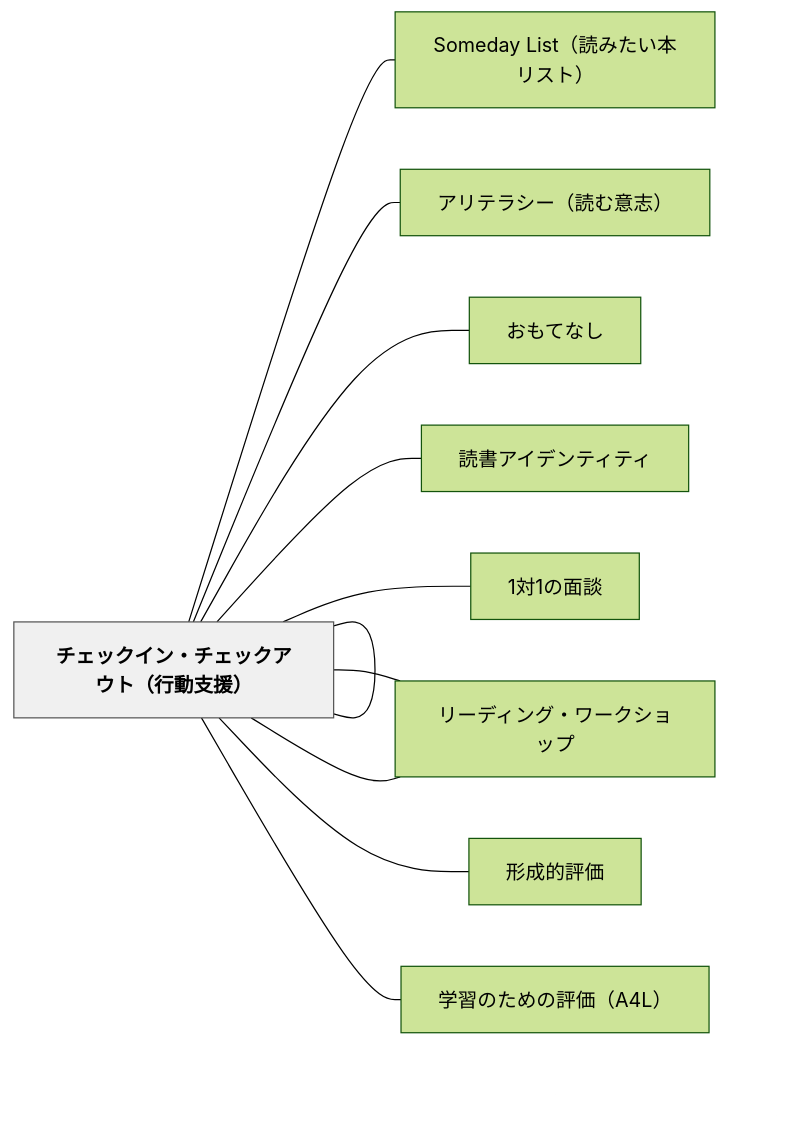
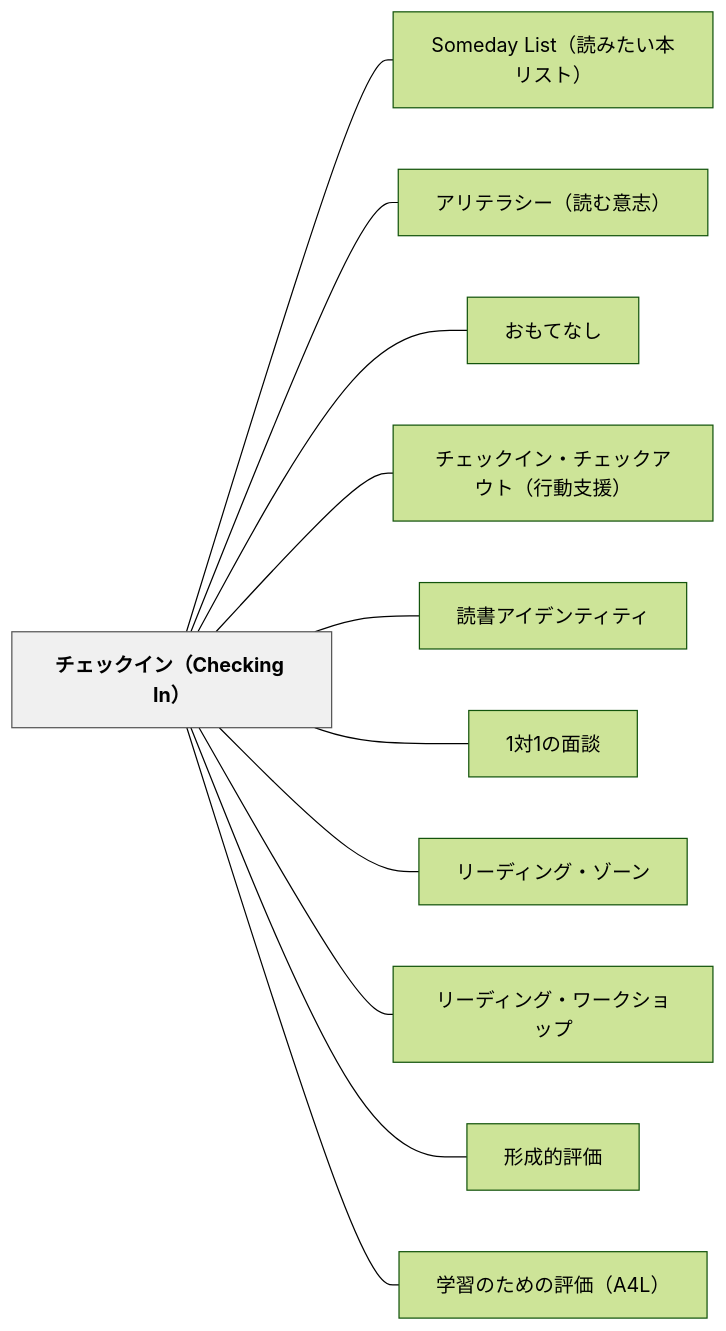
Before and after one commit to unknownthings-ed-patterns/unknownthings-ed-patterns: the diagram in content/パタン/チェックイン（Checking In）.md, drawn with Mermaid (forest theme). The commit also changed 527 other files, not shown here.

````diff
--- a/content/パタン/チェックイン（Checking In）.md
+++ b/content/パタン/チェックイン（Checking In）.md
@@ -143,28 +143,28 @@
 ```mermaid
 flowchart LR
-    ne38381e382a7["チェックイン（Checking In）"]
-    n536f6d656461["Someday List（読みたい本リスト）"]
-    ne382a2e383aa["アリテラシー（読む意志）"]
-    ne3818ae38282["おもてなし"]
-    ne38381e382a7["チェックイン・チェックアウト（行動支援）"]
-    ne8aaade69bb8["読書アイデンティティ"]
-    n31e5afbe31e3["1対1の面談"]
-    ne383aae383bc["リーディング・ゾーン"]
-    ne383aae383bc["リーディング・ワークショップ"]
-    ne5bda2e68890["形成的評価"]
-    ne5ada6e7bf92["学習のための評価（A4L）"]
+    ne38381e382a7e38383e382afe382a4e383b3efbc88436865636b696e6720496eefbc89["チェックイン（Checking In）"]
+    n536f6d65646179204c697374efbc88e8aaade381bfe3819fe38184e69cace383aae382b9e38388efbc89["Someday List（読みたい本リスト）"]
+    ne382a2e383aae38386e383a9e382b7e383bcefbc88e8aaade38280e6848fe5bf97efbc89["アリテラシー（読む意志）"]
+    ne3818ae38282e381a6e381aae38197["おもてなし"]
+    ne38381e382a7e38383e382afe382a4e383b3e383bbe38381e382a7e38383e382afe382a2e382a6e38388efbc88e8a18ce58b95e694afe68fb4efbc89["チェックイン・チェックアウト（行動支援）"]
+    ne8aaade69bb8e382a2e382a4e38387e383b3e38386e382a3e38386e382a3["読書アイデンティティ"]
+    n31e5afbe31e381aee99da2e8ab87["1対1の面談"]
+    ne383aae383bce38387e382a3e383b3e382b0e383bbe382bee383bce383b3["リーディング・ゾーン"]
+    ne383aae383bce38387e382a3e383b3e382b0e383bbe383afe383bce382afe382b7e383a7e38383e38397["リーディング・ワークショップ"]
+    ne5bda2e68890e79a84e8a995e4bea1["形成的評価"]
+    ne5ada6e7bf92e381aee3819fe38281e381aee8a995e4bea1efbc8841344cefbc89["学習のための評価（A4L）"]
 
-    ne38381e382a7 --- n536f6d656461
-    ne38381e382a7 --- ne382a2e383aa
-    ne38381e382a7 --- ne3818ae38282
-    ne38381e382a7 --- ne38381e382a7
-    ne38381e382a7 --- ne8aaade69bb8
-    ne38381e382a7 --- n31e5afbe31e3
-    ne38381e382a7 --- ne383aae383bc
-    ne38381e382a7 --- ne383aae383bc
-    ne38381e382a7 --- ne5bda2e68890
-    ne38381e382a7 --- ne5ada6e7bf92
+    ne38381e382a7e38383e382afe382a4e383b3efbc88436865636b696e6720496eefbc89 --- n536f6d65646179204c697374efbc88e8aaade381bfe3819fe38184e69cace383aae382b9e38388efbc89
+    ne38381e382a7e38383e382afe382a4e383b3efbc88436865636b696e6720496eefbc89 --- ne382a2e383aae38386e383a9e382b7e383bcefbc88e8aaade38280e6848fe5bf97efbc89
+    ne38381e382a7e38383e382afe382a4e383b3efbc88436865636b696e6720496eefbc89 --- ne3818ae38282e381a6e381aae38197
+    ne38381e382a7e38383e382afe382a4e383b3efbc88436865636b696e6720496eefbc89 --- ne38381e382a7e38383e382afe382a4e383b3e383bbe38381e382a7e38383e382afe382a2e382a6e38388efbc88e8a18ce58b95e694afe68fb4efbc89
+    ne38381e382a7e38383e382afe382a4e383b3efbc88436865636b696e6720496eefbc89 --- ne8aaade69bb8e382a2e382a4e38387e383b3e38386e382a3e38386e382a3
+    ne38381e382a7e38383e382afe382a4e383b3efbc88436865636b696e6720496eefbc89 --- n31e5afbe31e381aee99da2e8ab87
+    ne38381e382a7e38383e382afe382a4e383b3efbc88436865636b696e6720496eefbc89 --- ne383aae383bce38387e382a3e383b3e382b0e383bbe382bee383bce383b3
+    ne38381e382a7e38383e382afe382a4e383b3efbc88436865636b696e6720496eefbc89 --- ne383aae383bce38387e382a3e383b3e382b0e383bbe383afe383bce382afe382b7e383a7e38383e38397
+    ne38381e382a7e38383e382afe382a4e383b3efbc88436865636b696e6720496eefbc89 --- ne5bda2e68890e79a84e8a995e4bea1
+    ne38381e382a7e38383e382afe382a4e383b3efbc88436865636b696e6720496eefbc89 --- ne5ada6e7bf92e381aee3819fe38281e381aee8a995e4bea1efbc8841344cefbc89
 
     classDef hub fill:#f0f0f0,stroke:#555,color:#000,font-weight:bold
-    class ne38381e382a7 hub
+    class ne38381e382a7e38383e382afe382a4e383b3efbc88436865636b696e6720496eefbc89 hub
 ```
````
